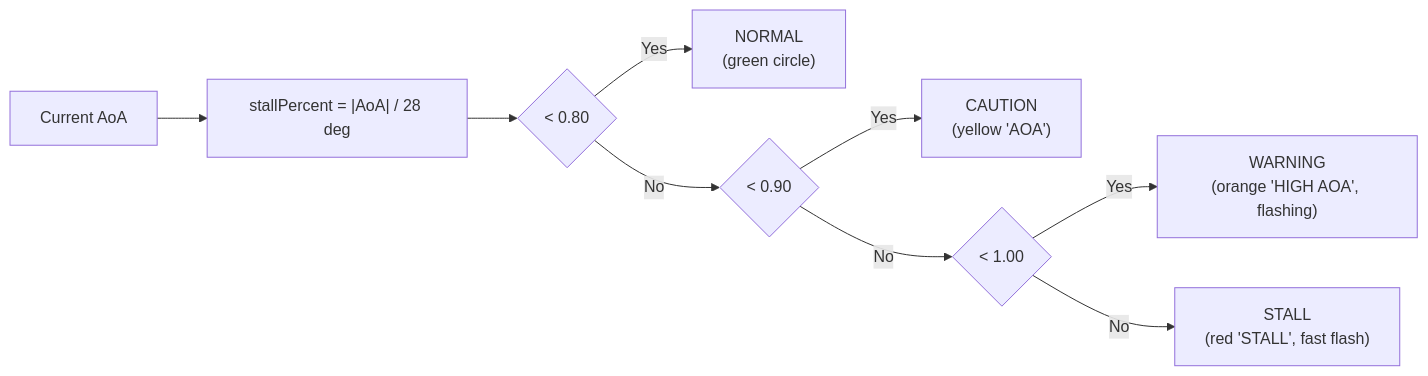
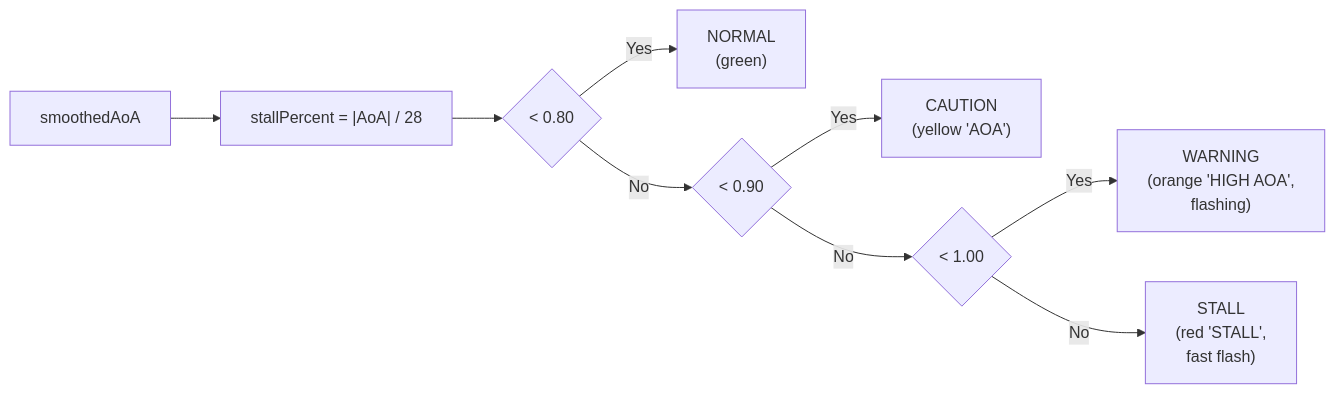
Before and after one commit to Terilia/JetOS: the fourth of 9 diagrams in docs/hud-rendering.md, drawn with Mermaid. The commit also changed other lines of this file and 23 other files, not shown here.

````diff
--- a/docs/hud-rendering.md
+++ b/docs/hud-rendering.md
@@ -113,11 +146,11 @@
 ```mermaid
 flowchart LR
-    AOA["Current AoA"] --> PCT["stallPercent = |AoA| / 28 deg"]
-    PCT --> C1{"< 0.80"}
-    C1 -- "Yes" --> NORMAL["NORMAL\n(green circle)"]
-    C1 -- "No" --> C2{"< 0.90"}
-    C2 -- "Yes" --> CAUTION["CAUTION\n(yellow 'AOA')"]
-    C2 -- "No" --> C3{"< 1.00"}
-    C3 -- "Yes" --> WARNING["WARNING\n(orange 'HIGH AOA', flashing)"]
-    C3 -- "No" --> STALL["STALL\n(red 'STALL', fast flash)"]
+    AOA["smoothedAoA"] --> PCT["stallPercent = |AoA| / 28"]
+    PCT --> C1{&lt; 0.80}
+    C1 -- "Yes" --> NORM["NORMAL<br/>(green)"]
+    C1 -- "No" --> C2{&lt; 0.90}
+    C2 -- "Yes" --> CAU["CAUTION<br/>(yellow 'AOA')"]
+    C2 -- "No" --> C3{&lt; 1.00}
+    C3 -- "Yes" --> WARN["WARNING<br/>(orange 'HIGH AOA',<br/>flashing)"]
+    C3 -- "No" --> STALL["STALL<br/>(red 'STALL',<br/>fast flash)"]
 ```
````
